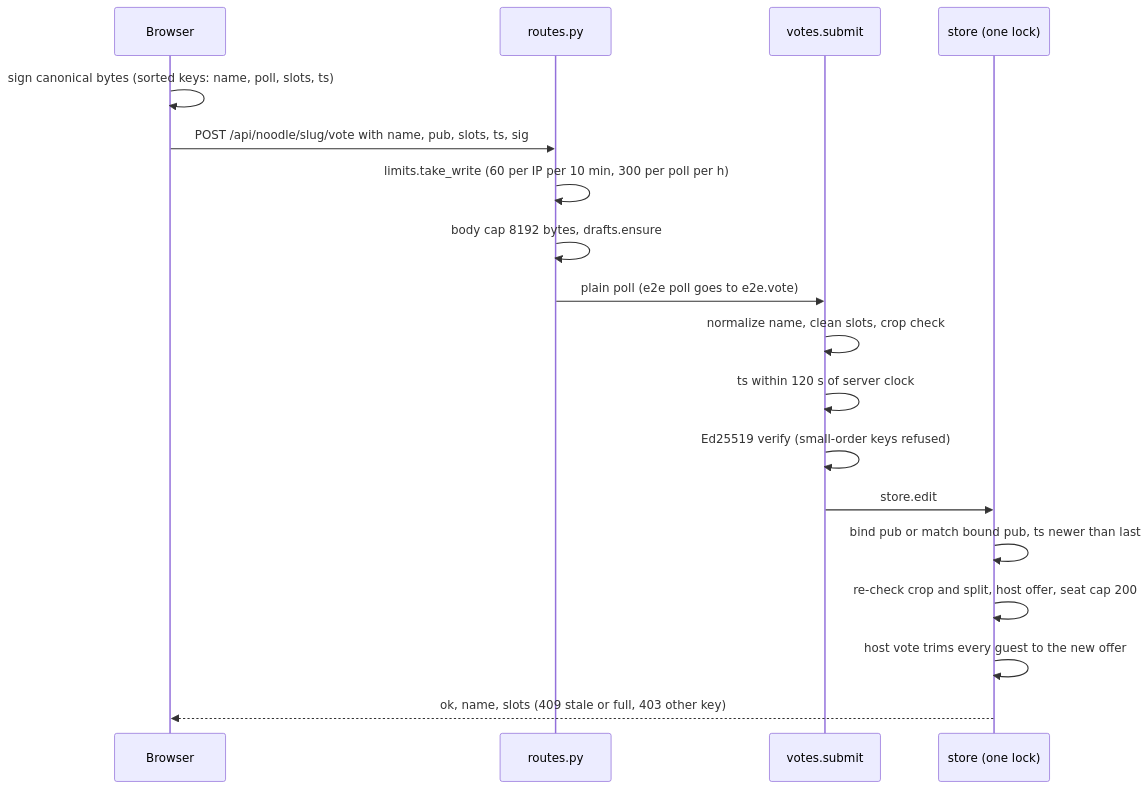
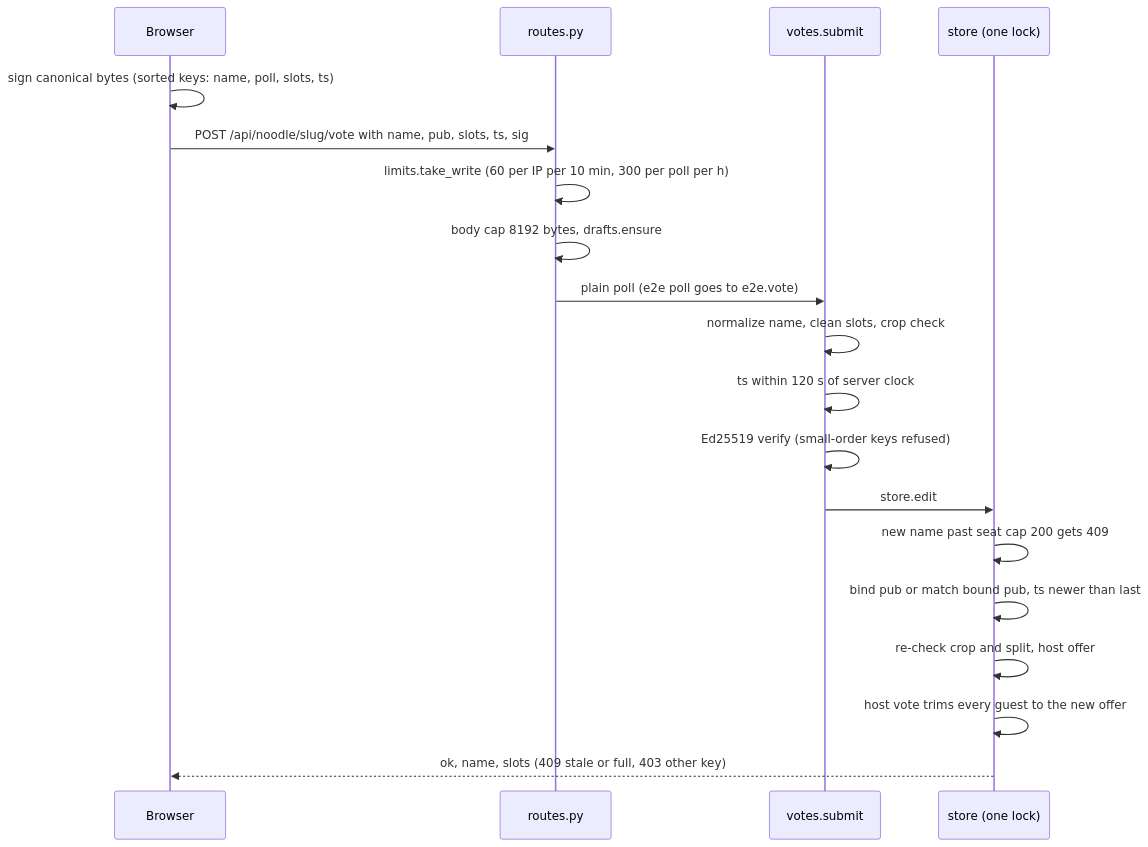
The diagram in docs/arch/vote-signing.mmd (wai-lau/noodle), drawn with Mermaid before and after one commit. The commit also changed 10 other files, not shown here.

```diff
--- a/docs/arch/vote-signing.mmd
+++ b/docs/arch/vote-signing.mmd
@@ -1,18 +1,19 @@
 sequenceDiagram
   participant B as Browser
   participant R as routes.py
   participant V as votes.submit
   participant S as store (one lock)
   B->>B: sign canonical bytes (sorted keys: name, poll, slots, ts)
   B->>R: POST /api/noodle/slug/vote with name, pub, slots, ts, sig
   R->>R: limits.take_write (60 per IP per 10 min, 300 per poll per h)
   R->>R: body cap 8192 bytes, drafts.ensure
   R->>V: plain poll (e2e poll goes to e2e.vote)
   V->>V: normalize name, clean slots, crop check
   V->>V: ts within 120 s of server clock
   V->>V: Ed25519 verify (small-order keys refused)
   V->>S: store.edit
+  S->>S: new name past seat cap 200 gets 409
   S->>S: bind pub or match bound pub, ts newer than last
-  S->>S: re-check crop and split, host offer, seat cap 200
+  S->>S: re-check crop and split, host offer
   S->>S: host vote trims every guest to the new offer
   S-->>B: ok, name, slots (409 stale or full, 403 other key)
```
